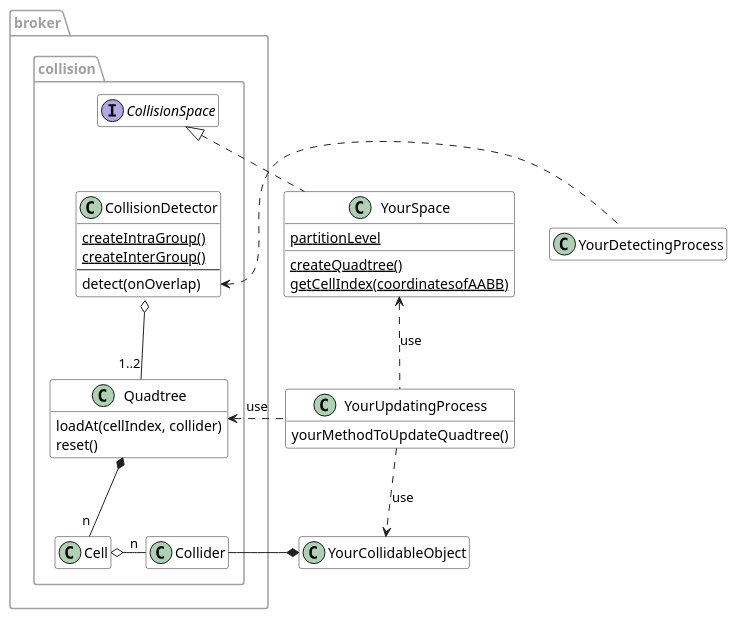
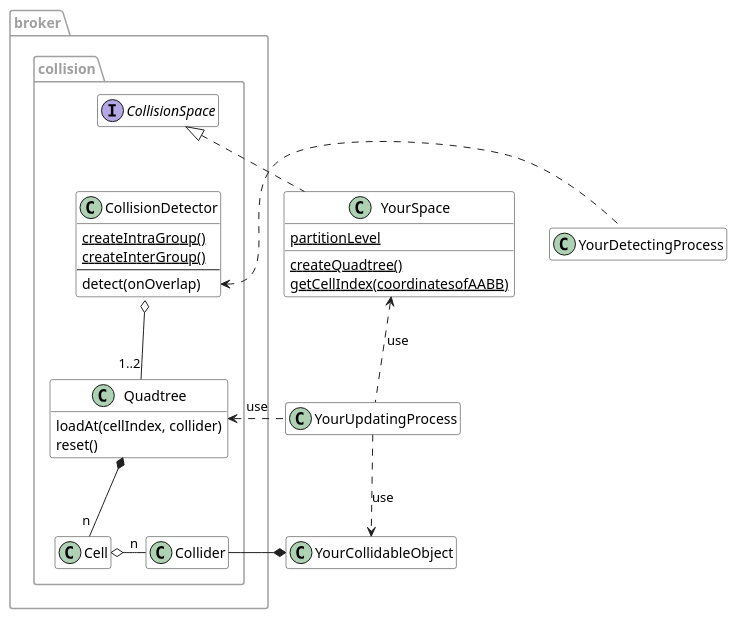
The diagram in docs/collision.puml (fal-works/broker), drawn with PlantUML before and after one commit. The commit also changed 1 other file, not shown here.

Commit message:
edit diagram

```diff
--- a/docs/collision.puml
+++ b/docs/collision.puml
@@ -1,68 +1,66 @@
 @startuml collision
 
 ' ---- (style) --------------------------------
 
 skinparam shadowing false
 skinparam backgroundColor White
 skinparam package {
   BorderColor #A0A0A0
   FontColor #A0A0A0
 }
 skinparam class {
   BackgroundColor White
   ArrowColor #202020
   BorderColor #202020
   FontColor #000000
 }
 skinparam note {
   BackgroundColor White
   FontColor #606060
   BorderColor #C0C0C0
 }
 skinparam stereotypeIBackgroundColor Lavender
 hide empty members
 
 ' ---- (diagram) ------------------------------
 
 package broker.collision {
 	class Collider
 	class CollisionDetector {
     {static} createIntraGroup()
     {static} createInterGroup()
     ----
     detect(onOverlap)
   }
 	class Quadtree {
     loadAt(cellIndex, collider)
     reset()
   }
 	class Cell
   interface CollisionSpace
 
   CollisionDetector o-- "1..2" Quadtree
   Quadtree *-- "n" Cell
   Cell o-r- "n" Collider
 
   CollisionSpace -[hidden]- CollisionDetector
 }
 
   class YourDetectingProcess
   class YourSpace {
     {static} partitionLevel
     {static} createQuadtree()
     {static} getCellIndex(coordinatesofAABB)
   }
-  Class YourUpdatingProcess {
-    yourMethodToUpdateQuadtree()
-  }
+  Class YourUpdatingProcess
   class YourCollidableObject
 
   YourSpace <.. YourUpdatingProcess : use
   YourUpdatingProcess ..> YourCollidableObject : use
 
   CollisionSpace <|.. YourSpace
   Quadtree <.r. YourUpdatingProcess : use
   Collider -r-* YourCollidableObject
   CollisionDetector::detect <.r. YourDetectingProcess
 
 @enduml
```
